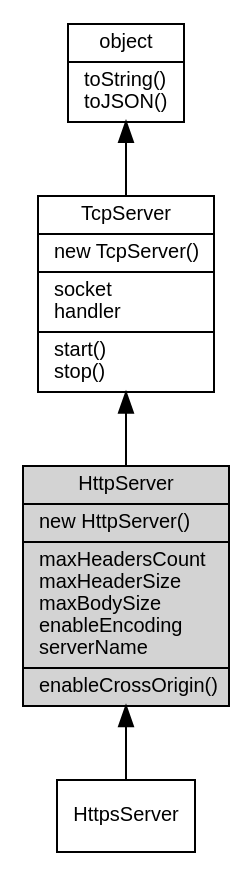
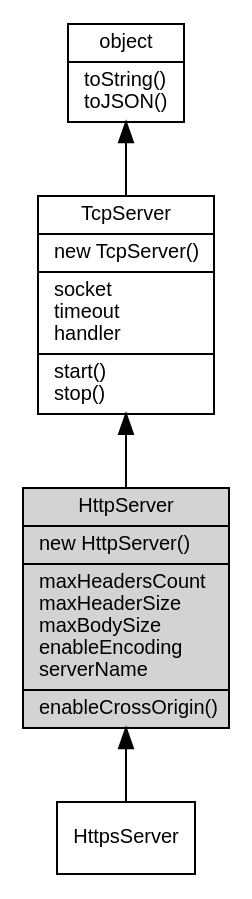
The diagram in docs/manual/object/ifs/HttpServer.md (fibjs/fibjs.org), drawn with Graphviz before and after one commit. The commit also changed other lines of this file and 58 other files, not shown here.

````diff
--- a/docs/manual/object/ifs/HttpServer.md
+++ b/docs/manual/object/ifs/HttpServer.md
@@ -27,14 +27,14 @@
 ```dot
 digraph {
     node [fontname="Helvetica,sans-Serif", fontsize=10, shape="record", style="filled", fillcolor="white"];
 
     object [tooltip="object", URL="object.md", label="{object|toString()\ltoJSON()\l}"];
-    TcpServer [tooltip="TcpServer", URL="TcpServer.md", label="{TcpServer|new TcpServer()\l|socket\lhandler\l|start()\lstop()\l}"];
+    TcpServer [tooltip="TcpServer", URL="TcpServer.md", label="{TcpServer|new TcpServer()\l|socket\ltimeout\lhandler\l|start()\lstop()\l}"];
     HttpServer [tooltip="HttpServer", fillcolor="lightgray", id="me", label="{HttpServer|new HttpServer()\l|maxHeadersCount\lmaxHeaderSize\lmaxBodySize\lenableEncoding\lserverName\l|enableCrossOrigin()\l}"];
     HttpsServer [tooltip="HttpsServer", URL="HttpsServer.md", label="{HttpsServer}"];
 
     object -> TcpServer [dir=back];
     TcpServer -> HttpServer [dir=back];
     HttpServer -> HttpsServer [dir=back];
 }
 ```
````
